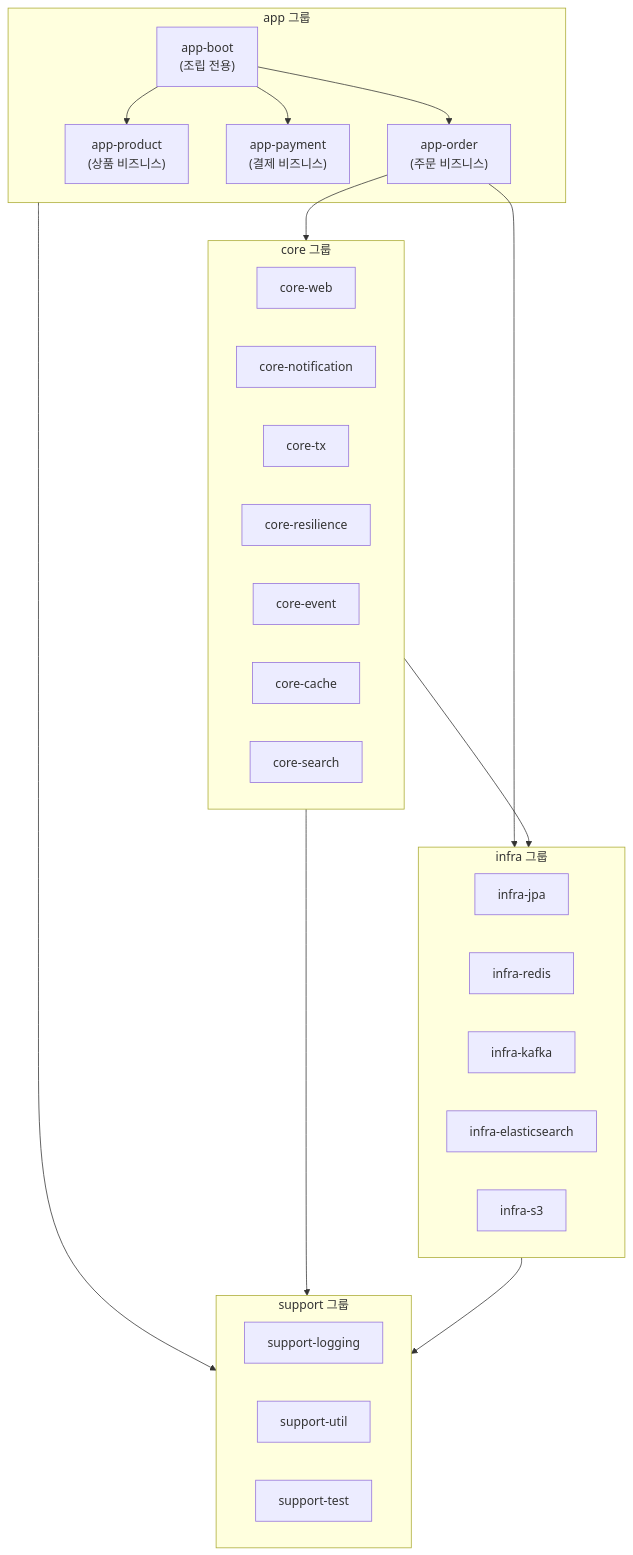
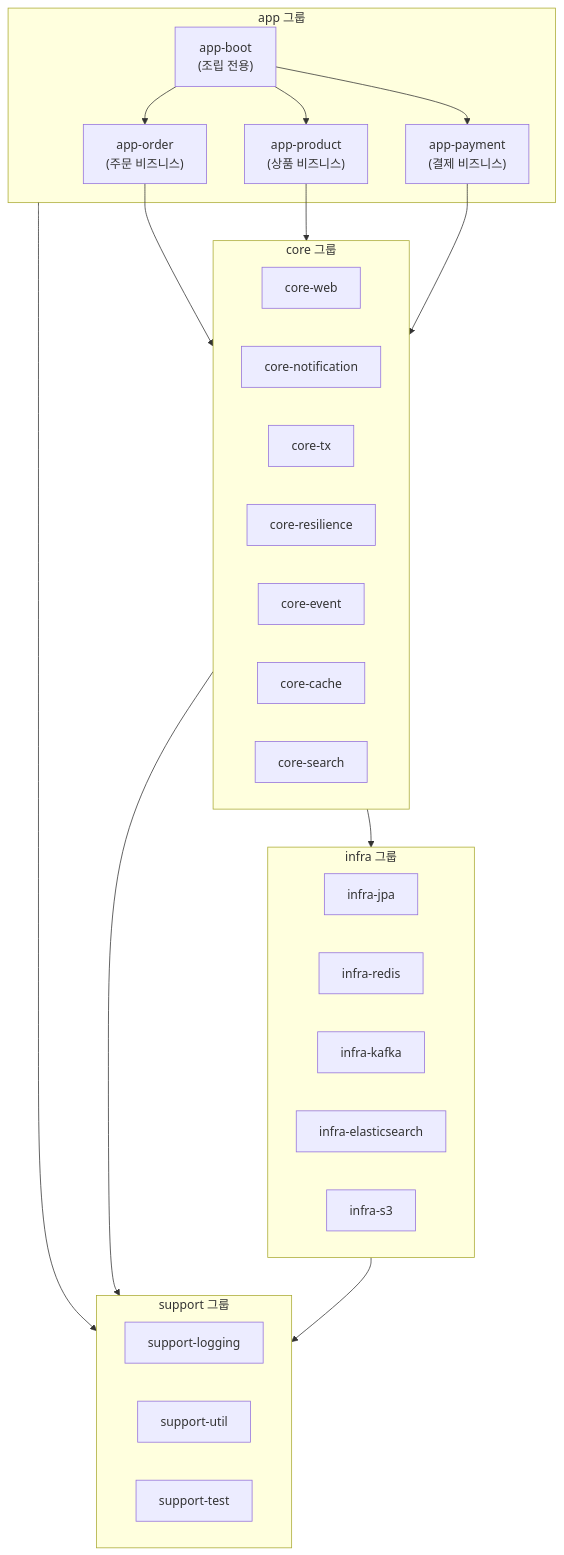
Before and after one commit to e-build/my-agent-prompt: the first of 2 diagrams in resources/skills/dev/me-refactor-layered-arch/refs/module-architecture.md, drawn with Mermaid. The commit also changed other lines of this file and 2 other files, not shown here.

````diff
--- a/resources/skills/dev/me-refactor-layered-arch/refs/module-architecture.md
+++ b/resources/skills/dev/me-refactor-layered-arch/refs/module-architecture.md
@@ -48,43 +48,44 @@
 ```mermaid
 flowchart TB
     subgraph app["app 그룹"]
         app-boot["app-boot<br/>(조립 전용)"]
         app-order["app-order<br/>(주문 비즈니스)"]
         app-product["app-product<br/>(상품 비즈니스)"]
         app-payment["app-payment<br/>(결제 비즈니스)"]
     end
     
     subgraph core["core 그룹"]
         core-web["core-web"]
         core-notification["core-notification"]
         core-tx["core-tx"]
         core-resilience["core-resilience"]
         core-event["core-event"]
         core-cache["core-cache"]
         core-search["core-search"]
     end
     
     subgraph infra["infra 그룹"]
         infra-jpa["infra-jpa"]
         infra-redis["infra-redis"]
         infra-kafka["infra-kafka"]
         infra-elasticsearch["infra-elasticsearch"]
         infra-s3["infra-s3"]
     end
     
     subgraph support["support 그룹"]
         support-logging["support-logging"]
         support-util["support-util"]
         support-test["support-test"]
     end
     
     app-boot --> app-order
     app-boot --> app-product
     app-boot --> app-payment
     app-order --> core
-    app-order --> infra
+    app-product --> core
+    app-payment --> core
     core --> infra
     app --> support
     core --> support
     infra --> support
 ```
````
